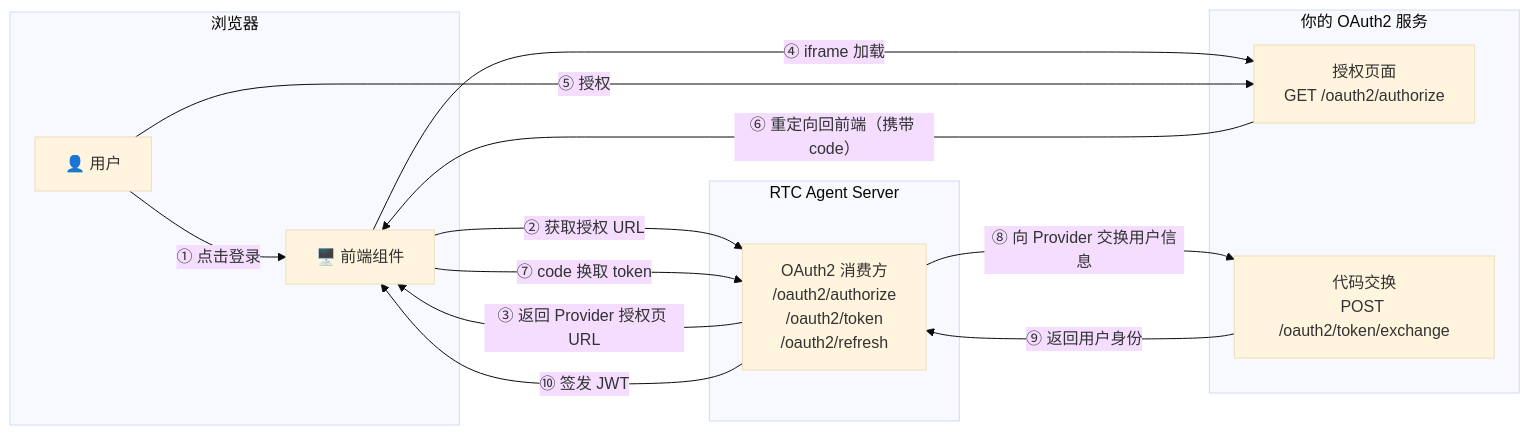
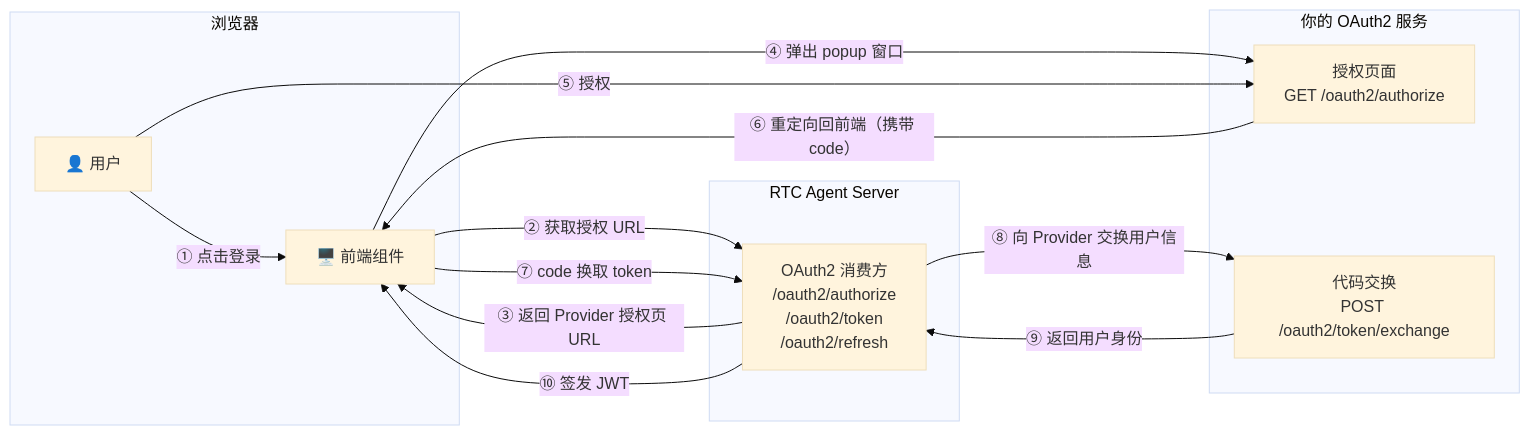
Before and after one commit to rtc-agent/docs: the seventh of 7 diagrams in src/content/docs/integration/auth.md, drawn with Mermaid (base theme). The commit also changed other lines of this file and 18 other files, not shown here.

````diff
--- a/src/content/docs/integration/auth.md
+++ b/src/content/docs/integration/auth.md
@@ -194,27 +194,27 @@
 ```mermaid
 flowchart LR
     subgraph Browser["浏览器"]
         User["👤 用户"]
         FE["🖥️ 前端组件"]
     end
 
     subgraph RTCServer["RTC Agent Server"]
         Consumer["OAuth2 消费方<br/>/oauth2/authorize<br/>/oauth2/token<br/>/oauth2/refresh"]
     end
 
     subgraph Provider["你的 OAuth2 服务"]
         AuthPage["授权页面<br/>GET /oauth2/authorize"]
         Exchange["代码交换<br/>POST /oauth2/token/exchange"]
     end
 
     User -->|"① 点击登录"| FE
     FE -->|"② 获取授权 URL"| Consumer
     Consumer -->|"③ 返回 Provider 授权页 URL"| FE
-    FE -->|"④ iframe 加载"| AuthPage
+    FE -->|"④ 弹出 popup 窗口"| AuthPage
     User -->|"⑤ 授权"| AuthPage
     AuthPage -->|"⑥ 重定向回前端（携带 code）"| FE
     FE -->|"⑦ code 换取 token"| Consumer
     Consumer -->|"⑧ 向 Provider 交换用户信息"| Exchange
     Exchange -->|"⑨ 返回用户身份"| Consumer
     Consumer -->|"⑩ 签发 JWT"| FE
 ```
````
